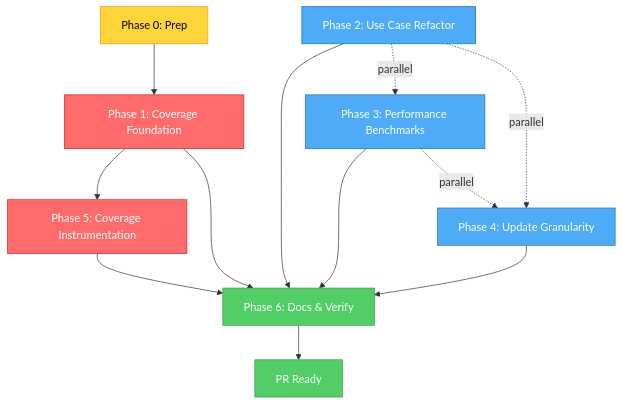
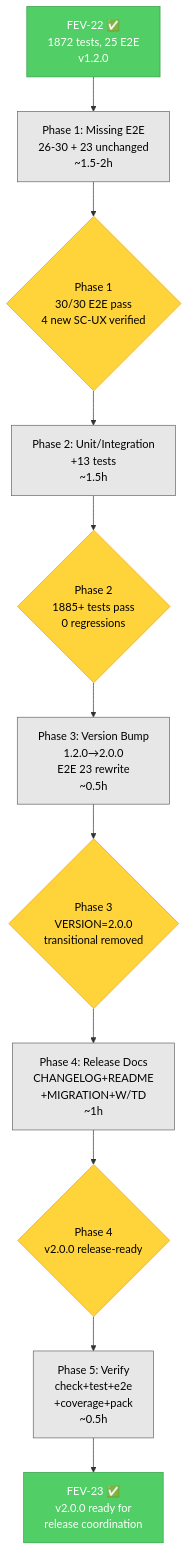
One commit to Fisherk2/codice-opencode changed the diagram in tasks/todo.md. Above: the diagram before and after it, drawn with Mermaid. The commit also changed other lines of this file and 934 other files, not shown here.

````diff
--- a/tasks/todo.md
+++ b/tasks/todo.md
@@ -248,27 +355,18 @@
 ```mermaid
 graph TD
-    P0[Phase 0: Prep] --> P1[Phase 1: Coverage Foundation]
-    P1 --> P5[Phase 5: Coverage Instrumentation]
-    P1 --> P6[Phase 6: Docs & Verify]
-    
-    P2[Phase 2: Use Case Refactor] --> P6
-    P3[Phase 3: Performance Benchmarks] --> P6
-    P4[Phase 4: Update Granularity] --> P6
-    
-    P5 --> P6
-    P2 -.->|parallel| P3
-    P2 -.->|parallel| P4
-    P3 -.->|parallel| P4
-    
-    P6 --> DONE[PR Ready]
-    
-    classDef crit fill:#ff6b6b,stroke:#c92a2a,color:#fff
-    classDef gate fill:#51cf66,stroke:#2f9e44,color:#fff
-    classDef par fill:#4dabf7,stroke:#1971c2,color:#fff
-    classDef seq fill:#ffd43b,stroke:#f59f00,color:#000
-    
-    class P1,P5 crit
-    class P6,DONE gate
-    class P2,P3,P4 par
-    class P0 seq
+    F22[FEV-22 ✅<br/>1872 tests, 25 E2E<br/>v1.2.0]:::done --> P1
+    P1[Phase 1: Missing E2E<br/>26-30 + 23 unchanged<br/>~1.5-2h]:::seq --> CP1
+    CP1{Phase 1<br/>30/30 E2E pass<br/>4 new SC-UX verified}:::gate --> P2
+    P2[Phase 2: Unit/Integration<br/>+13 tests<br/>~1.5h]:::seq --> CP2
+    CP2{Phase 2<br/>1885+ tests pass<br/>0 regressions}:::gate --> P3
+    P3[Phase 3: Version Bump<br/>1.2.0→2.0.0<br/>E2E 23 rewrite<br/>~0.5h]:::seq --> CP3
+    CP3{Phase 3<br/>VERSION=2.0.0<br/>transitional removed}:::gate --> P4
+    P4[Phase 4: Release Docs<br/>CHANGELOG+README<br/>+MIGRATION+W/TD<br/>~1h]:::seq --> CP4
+    CP4{Phase 4<br/>v2.0.0 release-ready}:::gate --> P5
+    P5[Phase 5: Verify<br/>check+test+e2e<br/>+coverage+pack<br/>~0.5h]:::seq --> DONE
+    DONE[FEV-23 ✅<br/>v2.0.0 ready for<br/>release coordination]:::done
+
+    classDef done fill:#51cf66,stroke:#2f9e44,color:#fff
+    classDef gate fill:#ffd43b,stroke:#f59f00,color:#000
+    classDef seq fill:#e7e7e7,stroke:#666,color:#000
 ```
````
